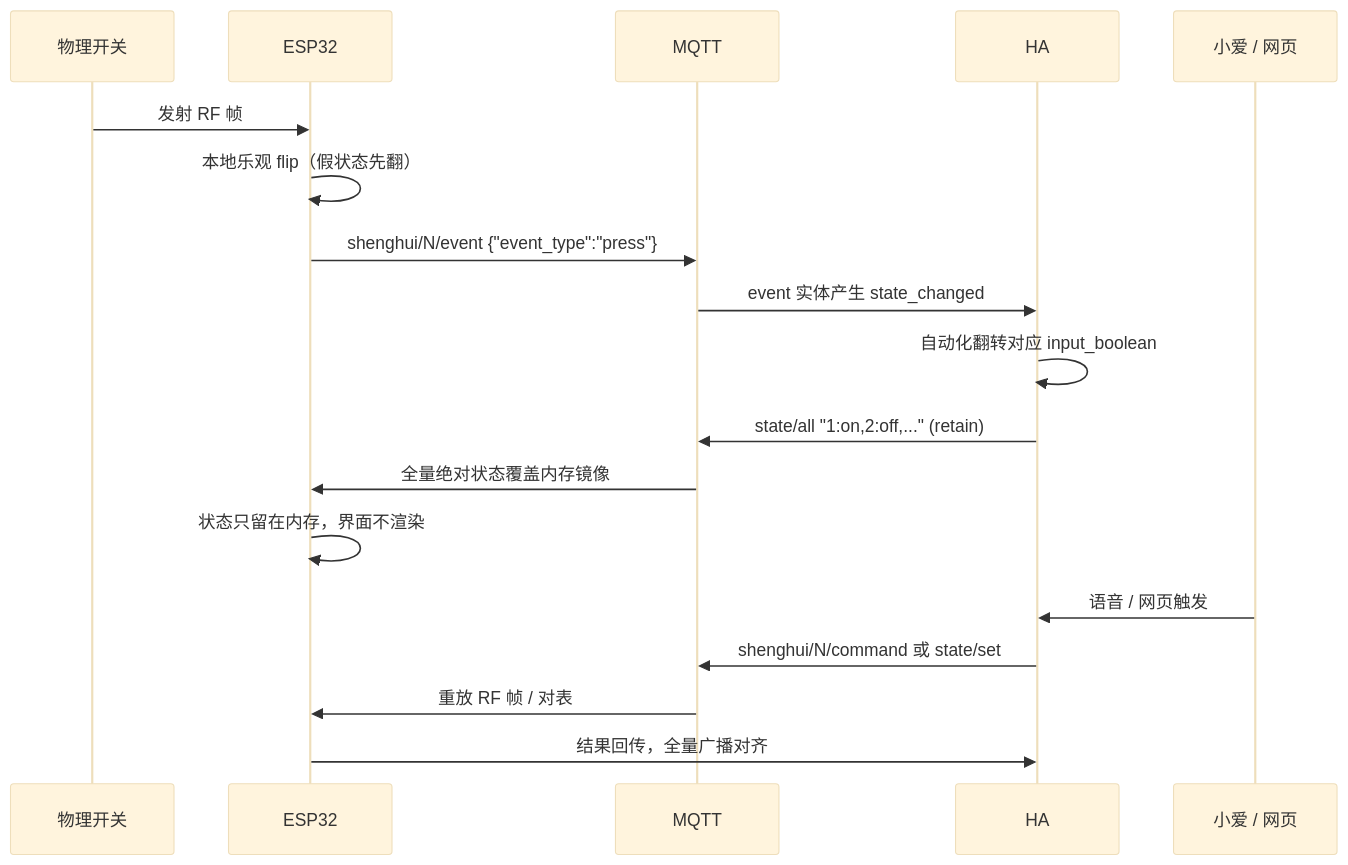
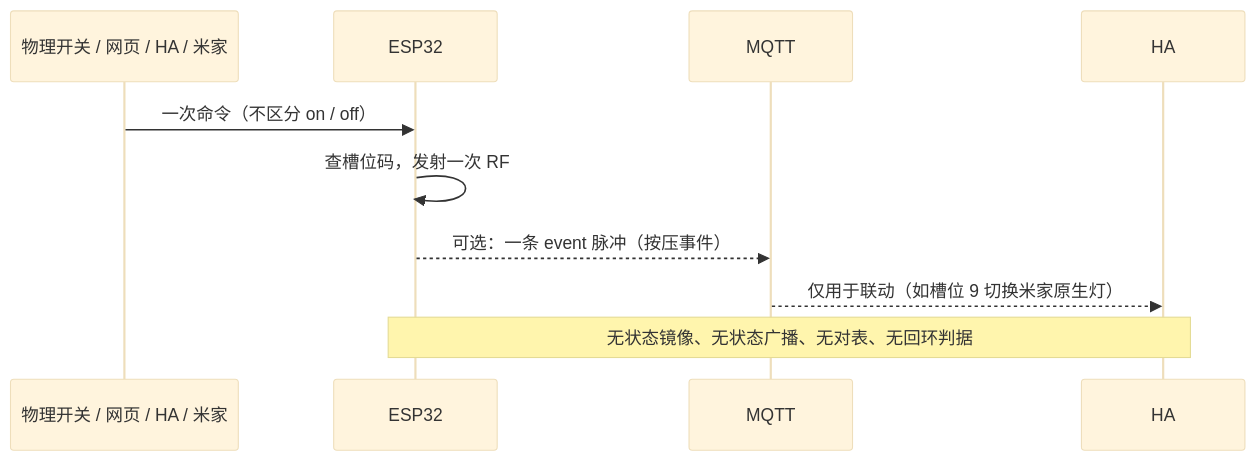
One commit to szh-ss/esphome-rf-hub changed the second of 2 diagrams in README.md. Above: the diagram before and after it, drawn with Mermaid (base theme). The commit also changed other lines of this file and 4 other files, not shown here.

````diff
--- a/README.md
+++ b/README.md
@@ -191,22 +192,13 @@
 ```mermaid
 sequenceDiagram
-    participant P as 物理开关
+    participant P as 物理开关 / 网页 / HA / 米家
     participant E as ESP32
     participant M as MQTT
     participant H as HA
-    participant V as 小爱 / 网页
 
-    P->>E: 发射 RF 帧
-    E->>E: 本地乐观 flip（假状态先翻）
-    E->>M: shenghui/N/event  {"event_type":"press"}
-    M->>H: event 实体产生 state_changed
-    H->>H: 自动化翻转对应 input_boolean
-    H->>M: state/all  "1:on,2:off,..." (retain)
-    M->>E: 全量绝对状态覆盖内存镜像
-    E->>E: 状态只留在内存，界面不渲染
-
-    V->>H: 语音 / 网页触发
-    H->>M: shenghui/N/command 或 state/set
-    M->>E: 重放 RF 帧 / 对表
-    E->>H: 结果回传，全量广播对齐
+    P->>E: 一次命令（不区分 on / off）
+    E->>E: 查槽位码，发射一次 RF
+    E-->>M: 可选：一条 event 脉冲（按压事件）
+    M-->>H: 仅用于联动（如槽位 9 切换米家原生灯）
+    Note over E,H: 无状态镜像、无状态广播、无对表、无回环判据
 ```
````
